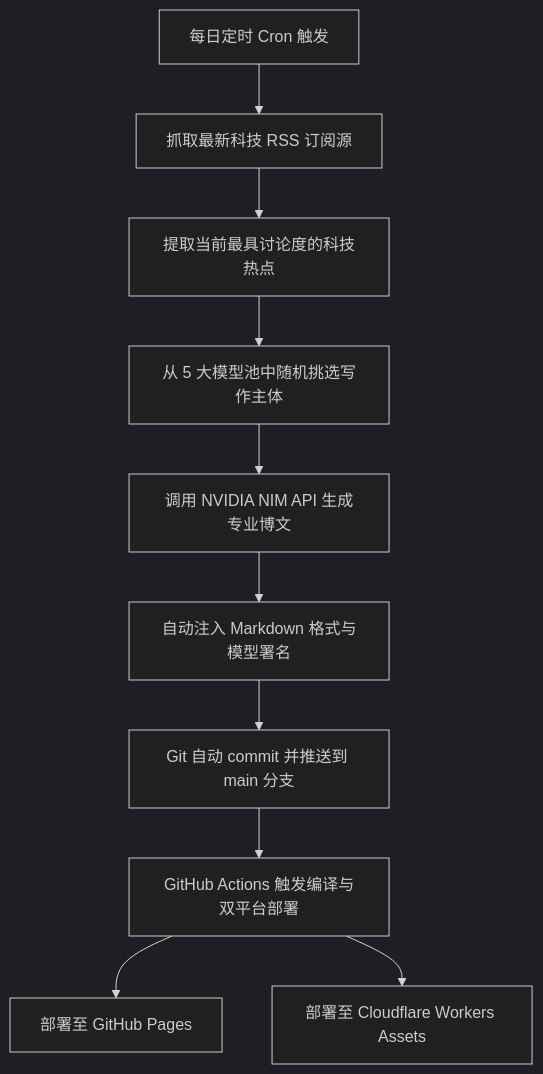
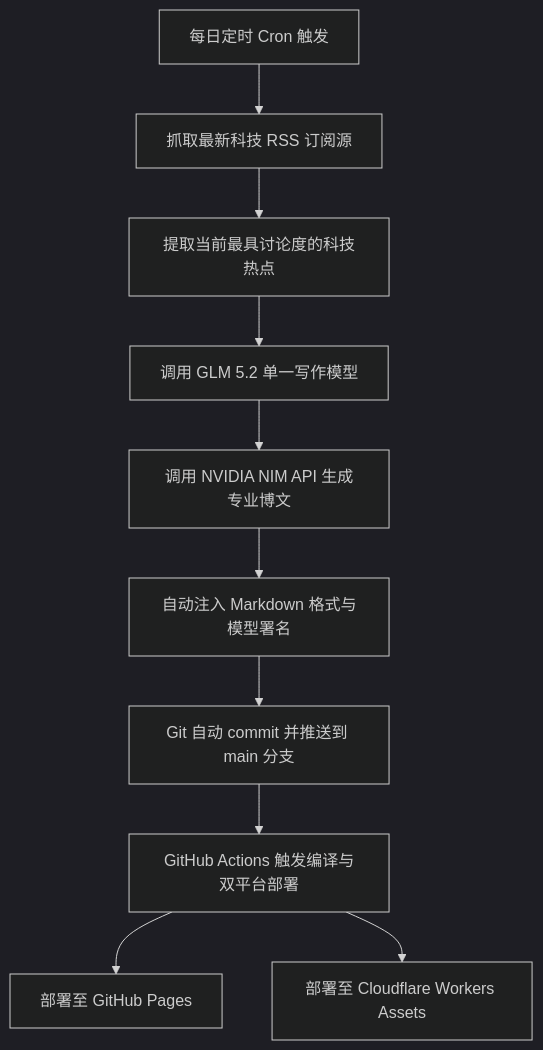
The diagram in content/about/index.md (3y3y3y-huaiji/hugo-blog-loveit-theme), drawn with Mermaid (dark theme) before and after one commit. The commit also changed other lines of this file and 16 other files, not shown here.

````diff
--- a/content/about/index.md
+++ b/content/about/index.md
@@ -24,12 +24,12 @@
 ```mermaid
 graph TD
     A[每日定时 Cron 触发] --> B[抓取最新科技 RSS 订阅源]
     B --> C[提取当前最具讨论度的科技热点]
-    C --> D[从 5 大模型池中随机挑选写作主体]
+    C --> D[调用 GLM 5.2 单一写作模型]
     D --> E[调用 NVIDIA NIM API 生成专业博文]
     E --> F[自动注入 Markdown 格式与模型署名]
     F --> G[Git 自动 commit 并推送到 main 分支]
     G --> H[GitHub Actions 触发编译与双平台部署]
     H --> I1[部署至 GitHub Pages]
     H --> I2[部署至 Cloudflare Workers Assets]
 ```
````
